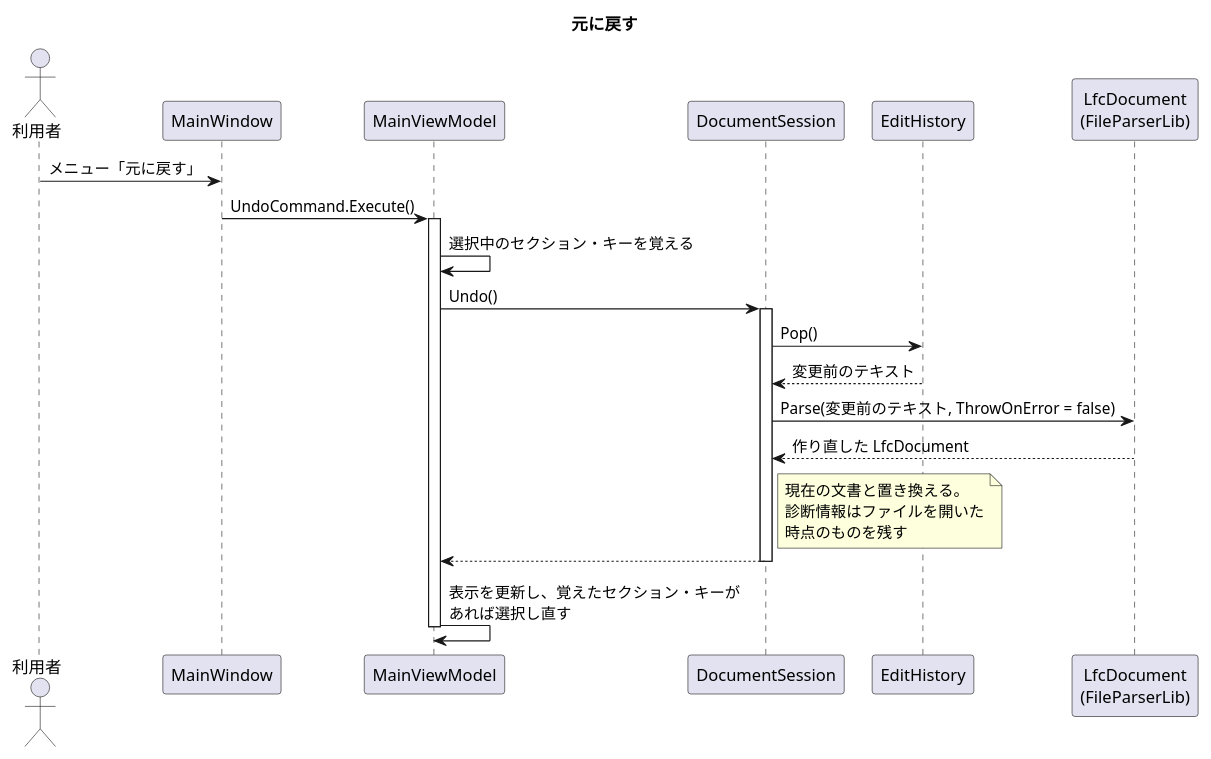
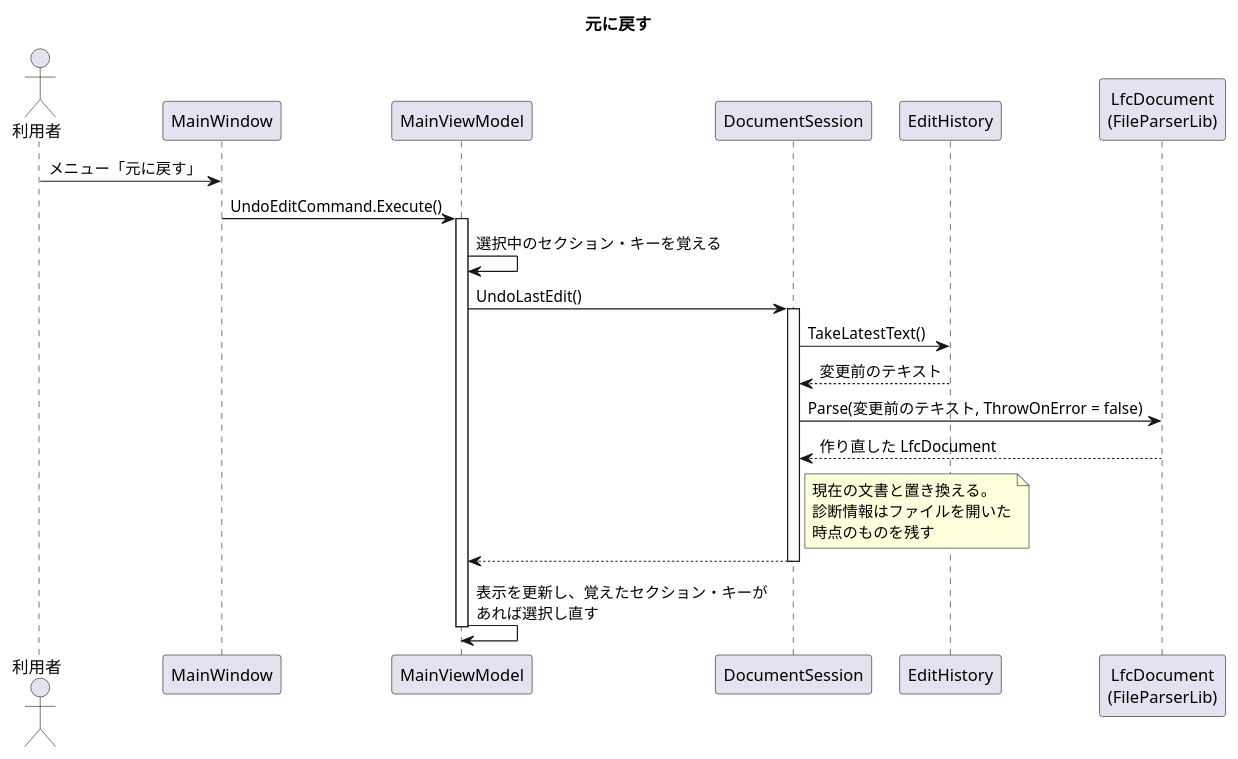
The diagram in diagrams/シーケンス図（元に戻す）.pu (r-aoki-git/FileParseEditor), drawn with PlantUML before and after one commit. The commit also changed 8 other files, not shown here.

First line of the commit message:
設計書・クラス図・シーケンス図・README を指摘への対応に合わせて更新

```diff
--- a/diagrams/シーケンス図（元に戻す）.pu
+++ b/diagrams/シーケンス図（元に戻す）.pu
@@ -1,34 +1,34 @@
 @startuml FileParseEditor_Sequence_Undo
 title 元に戻す
 
 actor 利用者 as User
 participant "MainWindow" as View
 participant "MainViewModel" as VM
 participant "DocumentSession" as Session
 participant "EditHistory" as History
 participant "LfcDocument\n(FileParserLib)" as Doc
 
 User -> View : メニュー「元に戻す」
-View -> VM : UndoCommand.Execute()
+View -> VM : UndoEditCommand.Execute()
 activate VM
 
 VM -> VM : 選択中のセクション・キーを覚える
-VM -> Session : Undo()
+VM -> Session : UndoLastEdit()
 activate Session
-Session -> History : Pop()
+Session -> History : TakeLatestText()
 History --> Session : 変更前のテキスト
 Session -> Doc : Parse(変更前のテキスト, ThrowOnError = false)
 Doc --> Session : 作り直した LfcDocument
 note right of Session
   現在の文書と置き換える。
   診断情報はファイルを開いた
   時点のものを残す
 end note
 Session --> VM
 deactivate Session
 
 VM -> VM : 表示を更新し、覚えたセクション・キーが\nあれば選択し直す
 
 deactivate VM
 
 @enduml
```
